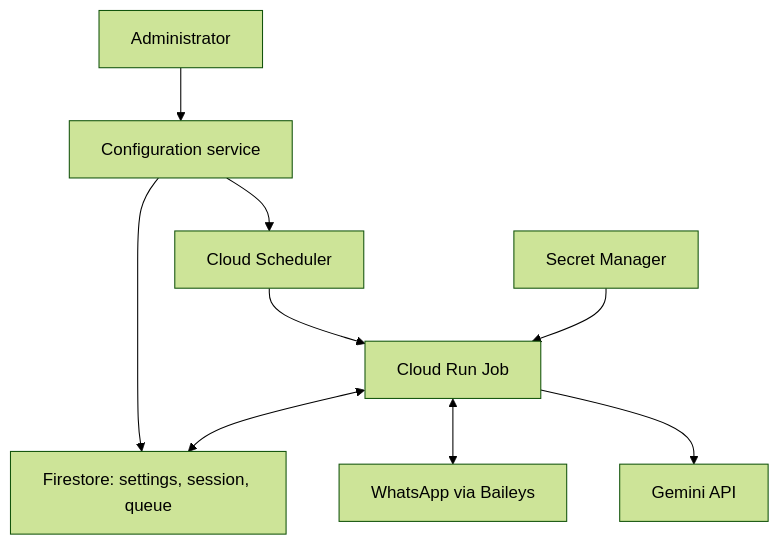
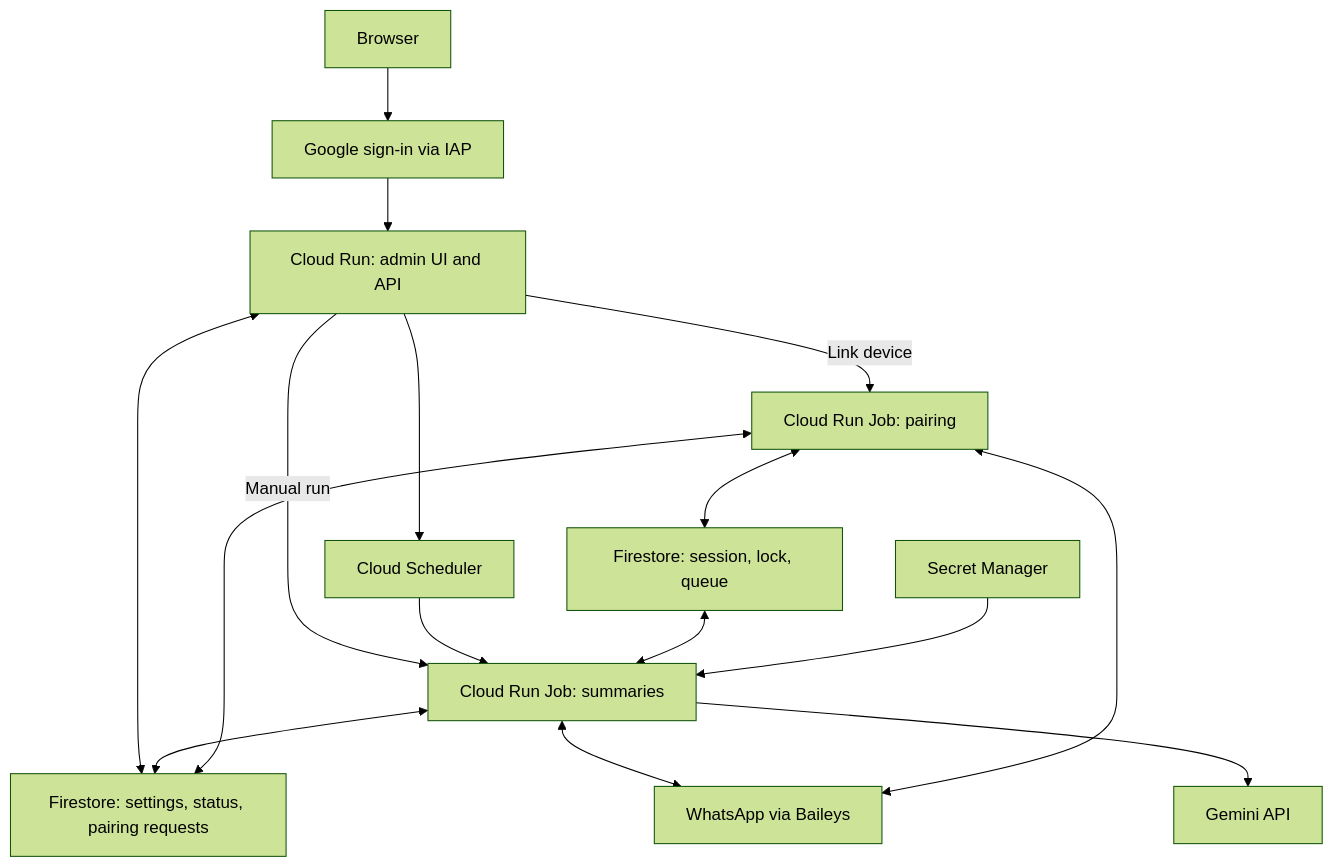
Before and after one commit to viplance/whatsapp-ai-bot: the diagram in docs/adr/0001-gcp-scheduled-execution.md, drawn with Mermaid (forest theme). The commit also changed other lines of this file and 40 other files, not shown here.

````diff
--- a/docs/adr/0001-gcp-scheduled-execution.md
+++ b/docs/adr/0001-gcp-scheduled-execution.md
@@ -31,11 +35,18 @@
 ```mermaid
 flowchart TD
-    Admin["Administrator"] --> Settings["Configuration service"]
-    Settings --> Store["Firestore: settings, session, queue"]
+    Admin["Browser"] --> IAP["Google sign-in via IAP"]
+    IAP --> Settings["Cloud Run: admin UI and API"]
+    Settings <--> Control["Firestore: settings, status, pairing requests"]
     Settings --> Scheduler["Cloud Scheduler"]
-    Scheduler --> Bot["Cloud Run Job"]
-    Bot <--> Store
+    Settings -->|Manual run| Bot["Cloud Run Job: summaries"]
+    Settings -->|Link device| Pair["Cloud Run Job: pairing"]
+    Scheduler --> Bot
+    Bot <--> Control
+    Pair <--> Control
+    Store["Firestore: session, lock, queue"] <--> Bot
+    Pair <--> Store
     Secrets["Secret Manager"] --> Bot
     Bot <--> WhatsApp["WhatsApp via Baileys"]
+    Pair <--> WhatsApp
     Bot --> Gemini["Gemini API"]
 ```
````
